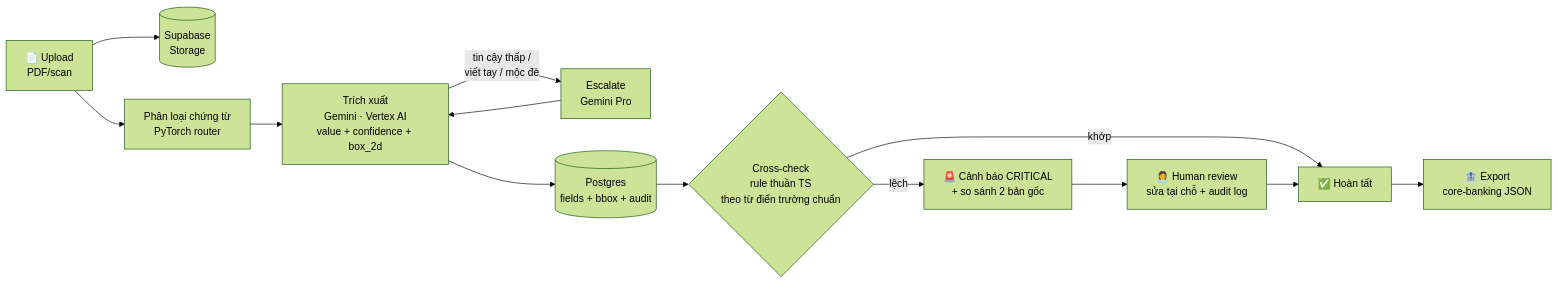
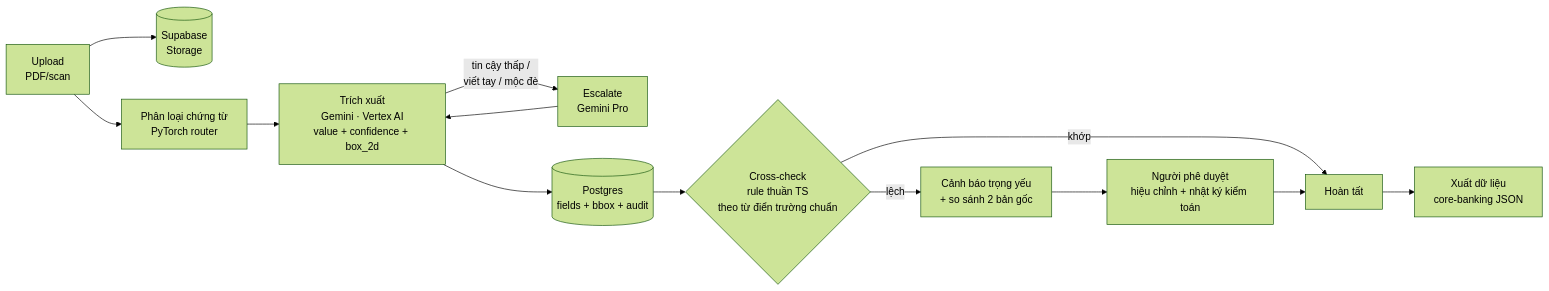
One commit to huynhchitai/docflow changed the diagram in README.md. Above: the diagram before and after it, drawn with Mermaid (forest theme). The commit also changed other lines of this file, not shown here.

Commit message:
Quét triệt để ký hiệu README (mermaid + hướng dẫn) sau khi phát hiện formatter làm lệch chuỗi

````diff
--- a/README.md
+++ b/README.md
@@ -44,15 +44,15 @@
 ```mermaid
 flowchart LR
-    U[📄 Upload<br/>PDF/scan] --> S[(Supabase<br/>Storage)]
+    U[Upload<br/>PDF/scan] --> S[(Supabase<br/>Storage)]
     U --> CL[Phân loại chứng từ<br/>PyTorch router]
     CL --> EX[Trích xuất<br/>Gemini · Vertex AI<br/>value + confidence + box_2d]
     EX -->|tin cậy thấp /<br/>viết tay / mộc đè| ES[Escalate<br/>Gemini Pro]
     ES --> EX
     EX --> P[(Postgres<br/>fields + bbox + audit)]
     P --> CC{Cross-check<br/>rule thuần TS<br/>theo từ điển trường chuẩn}
-    CC -->|khớp| OK[✅ Hoàn tất]
-    CC -->|lệch| AL[🚨 Cảnh báo CRITICAL<br/>+ so sánh 2 bản gốc]
-    AL --> HR[👩‍💼 Human review<br/>sửa tại chỗ + audit log]
+    CC -->|khớp| OK[Hoàn tất]
+    CC -->|lệch| AL[Cảnh báo trọng yếu<br/>+ so sánh 2 bản gốc]
+    AL --> HR[Người phê duyệt<br/>hiệu chỉnh + nhật ký kiểm toán]
     HR --> OK
-    OK --> XP[🏦 Export<br/>core-banking JSON]
+    OK --> XP[Xuất dữ liệu<br/>core-banking JSON]
 ```
````
